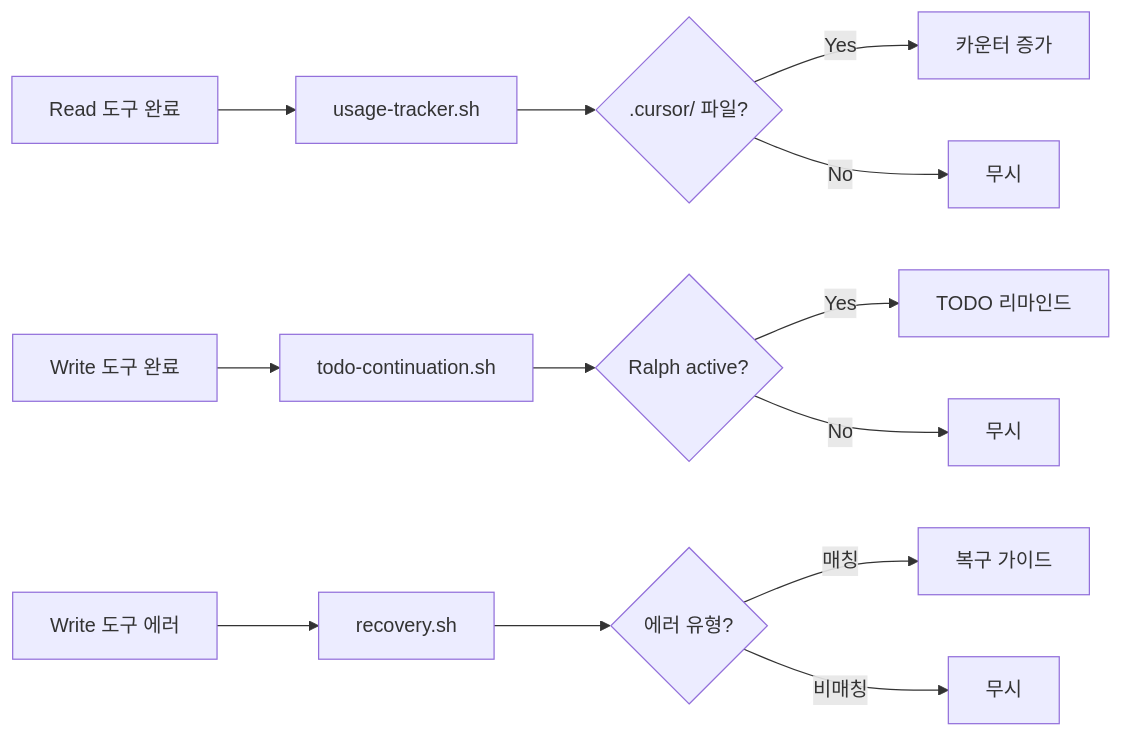
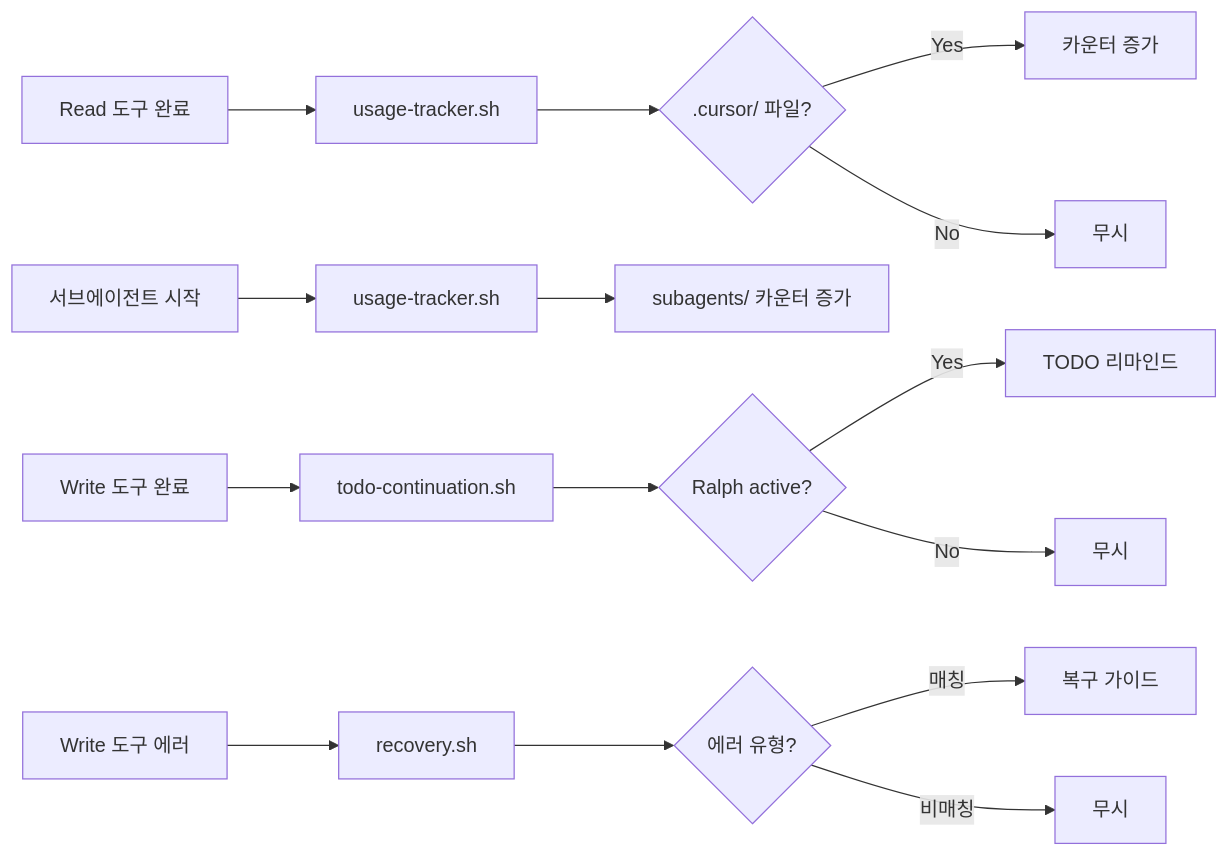
The fourth of 6 diagrams in Documents/05-data-flow.md (Jimmy-Jung/cursor_symbiote), drawn with Mermaid before and after one commit. The commit also changed other lines of this file and 17 other files, not shown here.

First line of the commit message:
feat(hooks): expand usage-tracker to 5 categories with triple-mode support

````diff
--- a/Documents/05-data-flow.md
+++ b/Documents/05-data-flow.md
@@ -128,17 +130,20 @@
 ```mermaid
 flowchart LR
     READ["Read 도구 완료"] --> UT["usage-tracker.sh"]
     UT --> P{.cursor/ 파일?}
     P -->|Yes| COUNT["카운터 증가"]
     P -->|No| SKIP["무시"]
+    
+    SUBAGENT["서브에이전트 시작"] --> UT2["usage-tracker.sh"]
+    UT2 --> SA["subagents/ 카운터 증가"]
     
     WRITE["Write 도구 완료"] --> TC["todo-continuation.sh"]
     TC --> R{Ralph active?}
     R -->|Yes| REM["TODO 리마인드"]
     R -->|No| SKIP2["무시"]
     
     WRITE2["Write 도구 에러"] --> REC["recovery.sh"]
     REC --> ERR{에러 유형?}
     ERR -->|매칭| FIX["복구 가이드"]
     ERR -->|비매칭| SKIP3["무시"]
 ```
````
